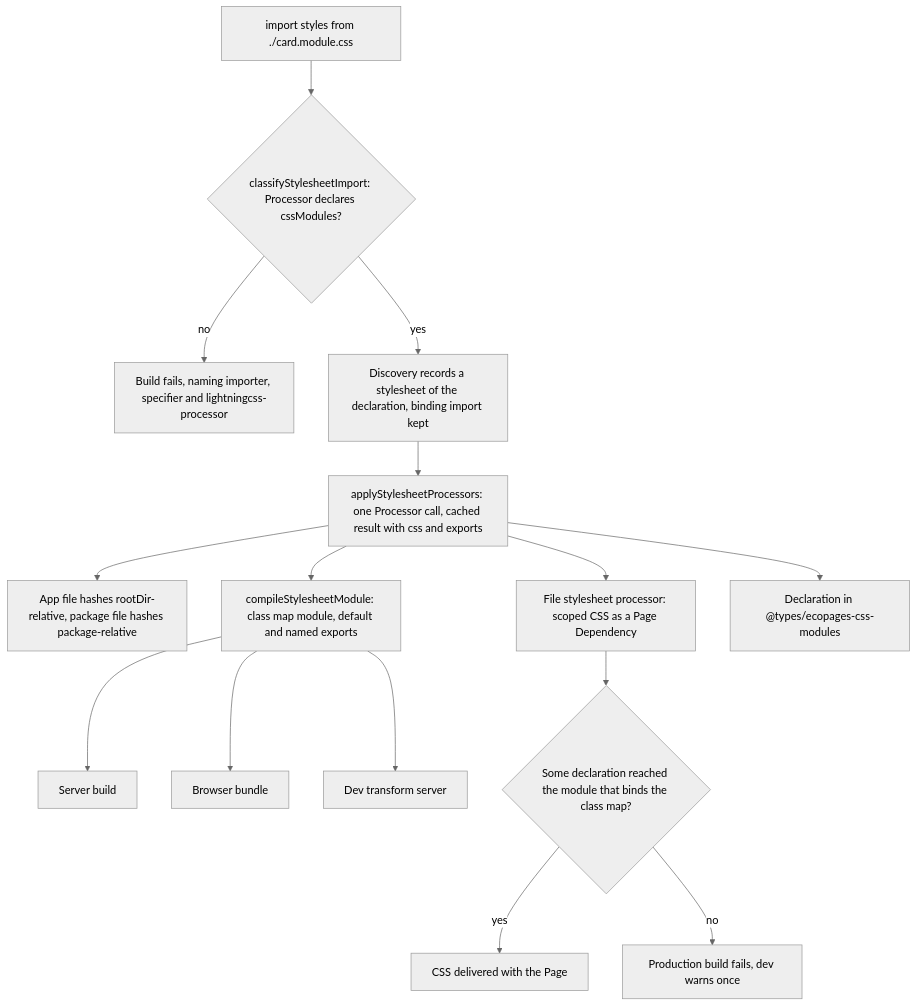
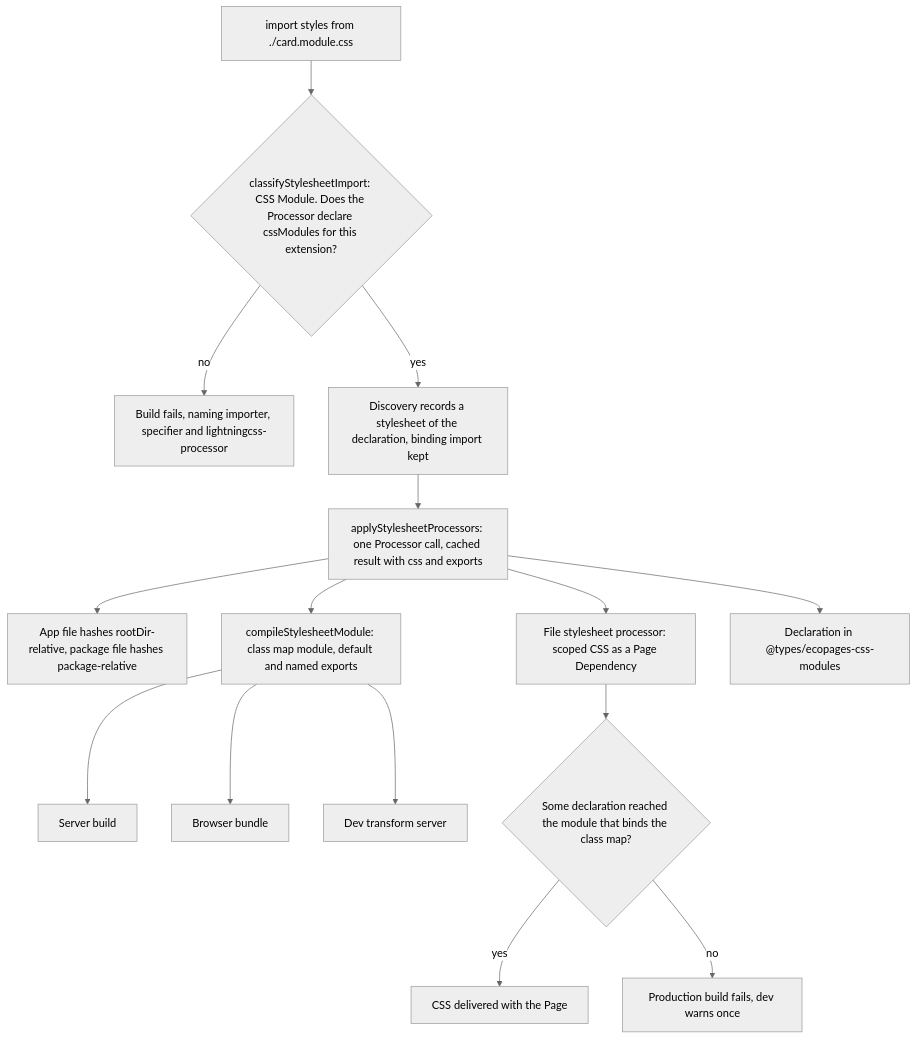
The second of 2 diagrams in apps/docs/src/content/dev/pages-layouts-components.mdx (ecopages/ecopages), drawn with Mermaid (neutral theme) before and after one commit. The commit also changed 4 other files, not shown here.

Commit message:
docs(dev): tighten the diagram labels to match the code

````diff
--- a/apps/docs/src/content/dev/pages-layouts-components.mdx
+++ b/apps/docs/src/content/dev/pages-layouts-components.mdx
@@ -77,17 +77,17 @@
 ```mermaid
 flowchart TD
-  I["import styles from ./card.module.css"] --> K{"classifyStylesheetImport: Processor declares cssModules?"}
+  I["import styles from ./card.module.css"] --> K{"classifyStylesheetImport: CSS Module. Does the Processor declare cssModules for this extension?"}
   K -- "no" --> X["Build fails, naming importer, specifier and lightningcss-processor"]
   K -- "yes" --> D["Discovery records a stylesheet of the declaration, binding import kept"]
   D --> A["applyStylesheetProcessors: one Processor call, cached result with css and exports"]
   A --> N["App file hashes rootDir-relative, package file hashes package-relative"]
   A --> M["compileStylesheetModule: class map module, default and named exports"]
   M --> M1["Server build"]
   M --> M2["Browser bundle"]
   M --> M3["Dev transform server"]
   A --> P["File stylesheet processor: scoped CSS as a Page Dependency"]
   A --> T["Declaration in @types/ecopages-css-modules"]
   P --> R{"Some declaration reached the module that binds the class map?"}
   R -- "yes" --> OK["CSS delivered with the Page"]
   R -- "no" --> U["Production build fails, dev warns once"]
 ```
````
